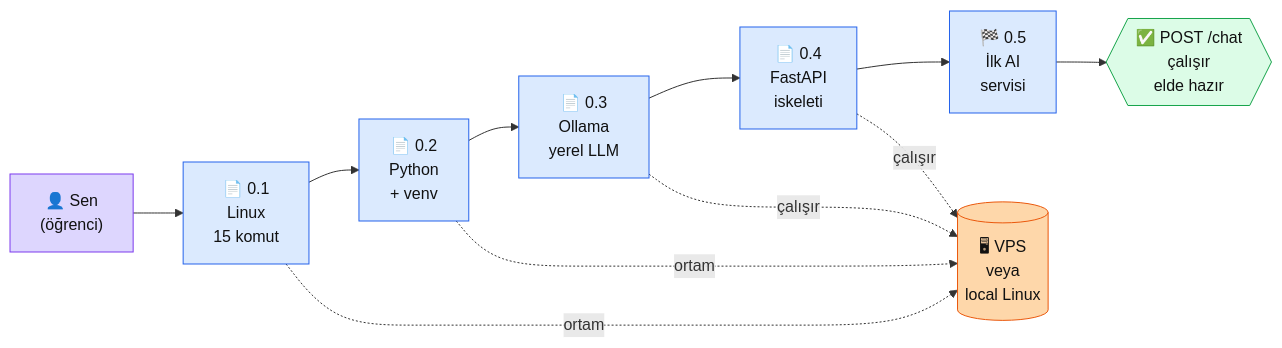
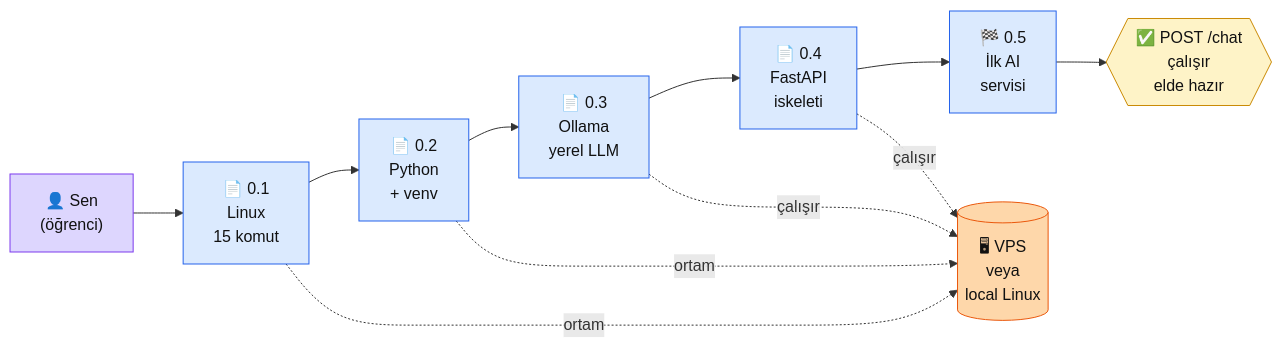
One commit to KemalG-u/muhendisal-platform changed the diagram in docs/bolum-0/index.md. Above: the diagram before and after it, drawn with Mermaid. The commit also changed other lines of this file and 4 other files, not shown here.

````diff
--- a/docs/bolum-0/index.md
+++ b/docs/bolum-0/index.md
@@ -31,27 +31,26 @@
 ```mermaid
 flowchart LR
   S["👤 Sen\n(öğrenci)"]
   P01["📄 0.1\nLinux\n15 komut"]
   P02["📄 0.2\nPython\n+ venv"]
   P03["📄 0.3\nOllama\nyerel LLM"]
   P04["📄 0.4\nFastAPI\niskeleti"]
   P05["🏁 0.5\nİlk AI\nservisi"]
   VPS[("🖥 VPS\nveya\nlocal Linux")]
   OUT{{"✅ POST /chat\nçalışır\nelde hazır"}}
 
   S --> P01 --> P02 --> P03 --> P04 --> P05 --> OUT
   P01 -.ortam.-> VPS
   P02 -.ortam.-> VPS
   P03 -.çalışır.-> VPS
   P04 -.çalışır.-> VPS
 
   classDef user fill:#ddd6fe,stroke:#7c3aed,color:#111
   classDef page fill:#dbeafe,stroke:#2563eb,color:#111
   classDef infra fill:#fed7aa,stroke:#ea580c,color:#111
-  classDef goal fill:#dcfce7,stroke:#16a34a,color:#111
   classDef yan fill:#fef3c7,stroke:#ca8a04,color:#111
   class S user
   class P01,P02,P03,P04,P05 page
   class VPS infra
-  class OUT goal
+  class OUT yan
 ```
````
